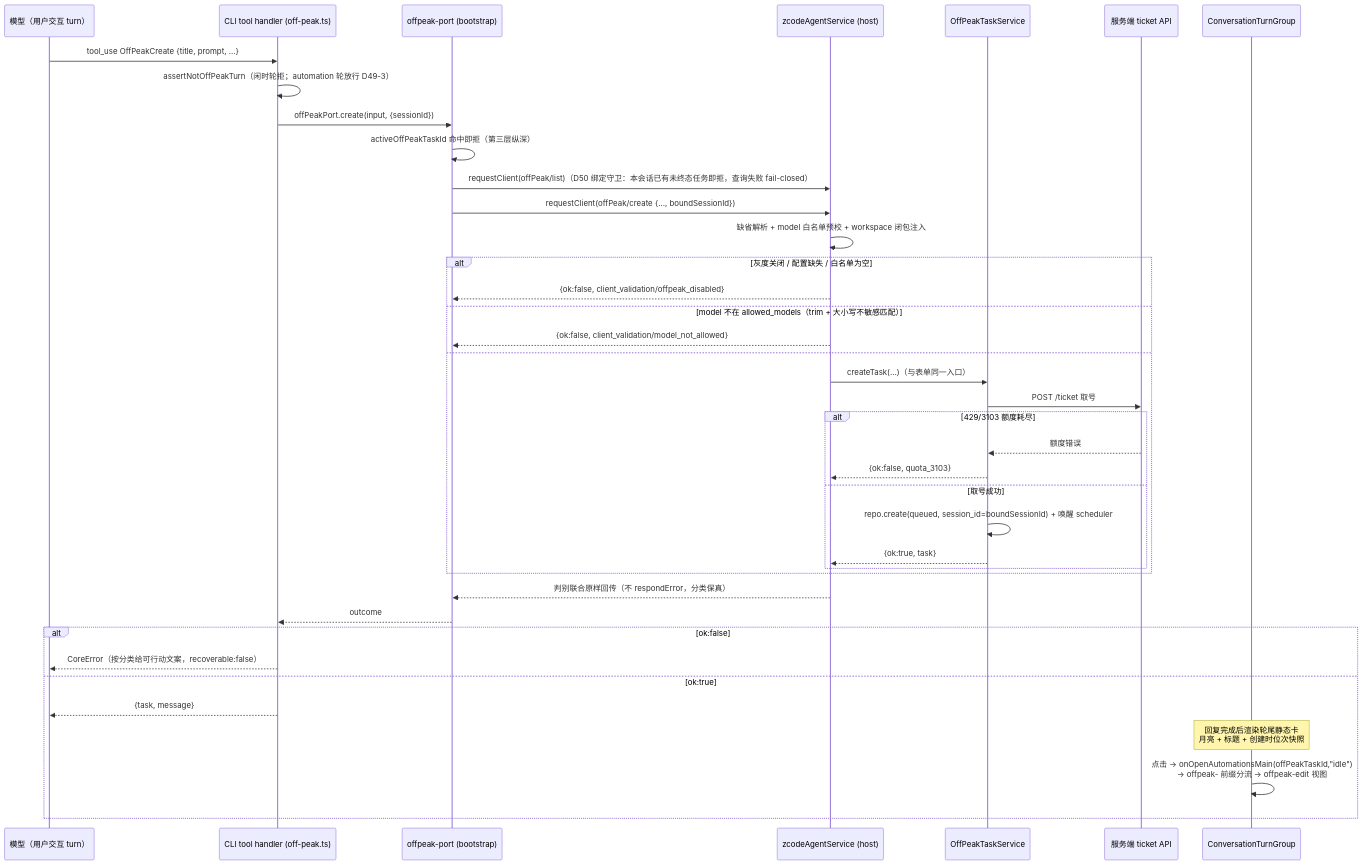
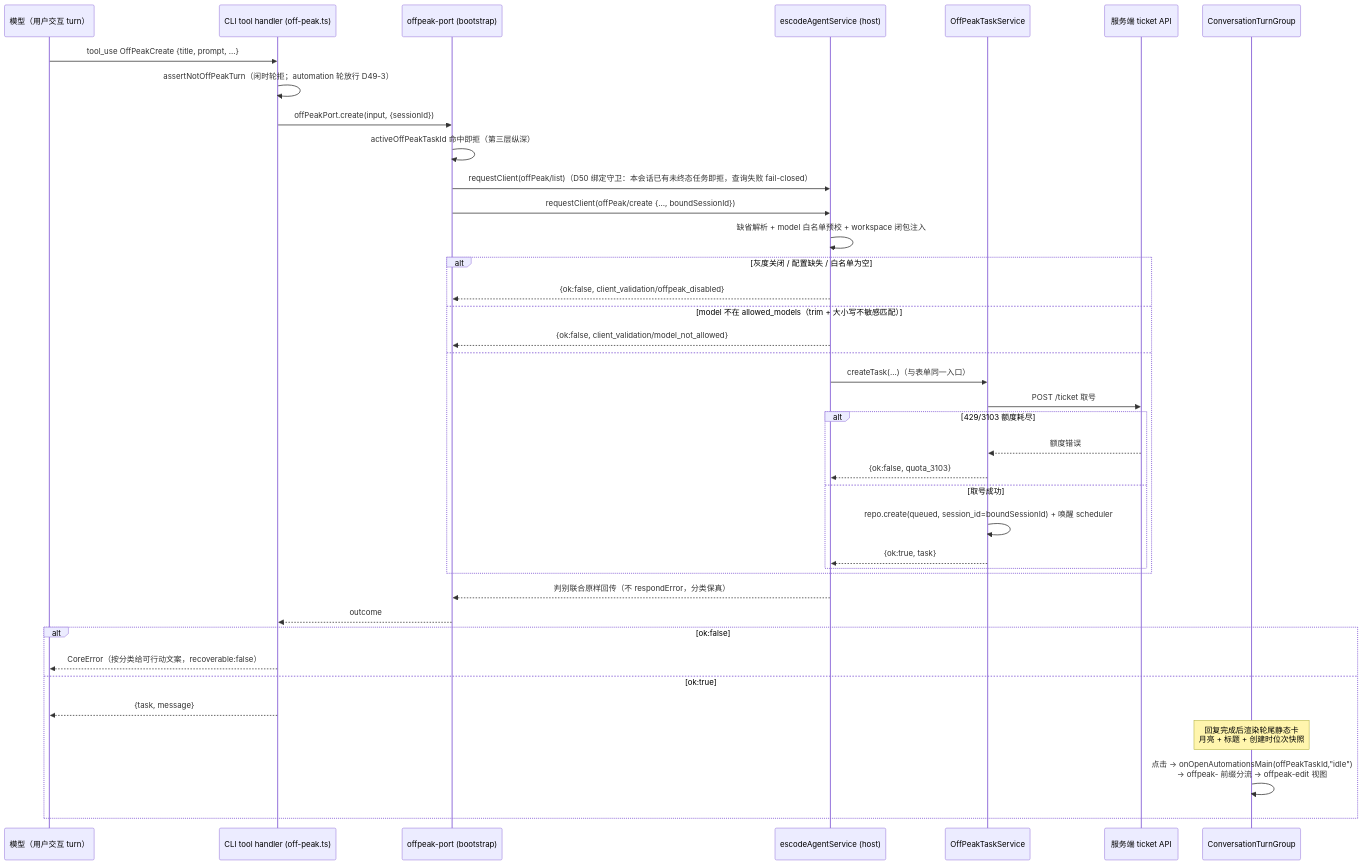
The sixth of 11 diagrams in docs/off-peak-task/tech-design.md (sekfung/ESCode), drawn with Mermaid before and after one commit. The commit also changed other lines of this file and 14315 other files, not shown here.

````diff
--- a/docs/off-peak-task/tech-design.md
+++ b/docs/off-peak-task/tech-design.md
@@ -470,41 +470,41 @@
 ```mermaid
 sequenceDiagram
   participant M as 模型（用户交互 turn）
   participant H as CLI tool handler (off-peak.ts)
   participant P as offpeak-port (bootstrap)
-  participant S as zcodeAgentService (host)
+  participant S as escodeAgentService (host)
   participant Svc as OffPeakTaskService
   participant G as 服务端 ticket API
   participant UI as ConversationTurnGroup
   M->>H: tool_use OffPeakCreate {title, prompt, ...}
   H->>H: assertNotOffPeakTurn（闲时轮拒；automation 轮放行 D49-3）
   H->>P: offPeakPort.create(input, {sessionId})
   P->>P: activeOffPeakTaskId 命中即拒（第三层纵深）
   P->>S: requestClient(offPeak/list)（D50 绑定守卫：本会话已有未终态任务即拒，查询失败 fail-closed）
   P->>S: requestClient(offPeak/create {…, boundSessionId})
   S->>S: 缺省解析 + model 白名单预校 + workspace 闭包注入
   alt 灰度关闭 / 配置缺失 / 白名单为空
     S-->>P: {ok:false, client_validation/offpeak_disabled}
   else model 不在 allowed_models（trim + 大小写不敏感匹配）
     S-->>P: {ok:false, client_validation/model_not_allowed}
   else
     S->>Svc: createTask(...)（与表单同一入口）
     Svc->>G: POST /ticket 取号
     alt 429/3103 额度耗尽
       G-->>Svc: 额度错误
       Svc-->>S: {ok:false, quota_3103}
     else 取号成功
       Svc->>Svc: repo.create(queued, session_id=boundSessionId) + 唤醒 scheduler
       Svc-->>S: {ok:true, task}
     end
   end
   S-->>P: 判别联合原样回传（不 respondError，分类保真）
   P-->>H: outcome
   alt ok:false
     H-->>M: CoreError（按分类给可行动文案，recoverable:false）
   else ok:true
     H-->>M: {task, message}
     Note over UI: 回复完成后渲染轮尾静态卡<br/>月亮 + 标题 + 创建时位次快照
     UI->>UI: 点击 → onOpenAutomationsMain(offPeakTaskId,"idle")<br/>→ offpeak- 前缀分流 → offpeak-edit 视图
   end
 ```
````
